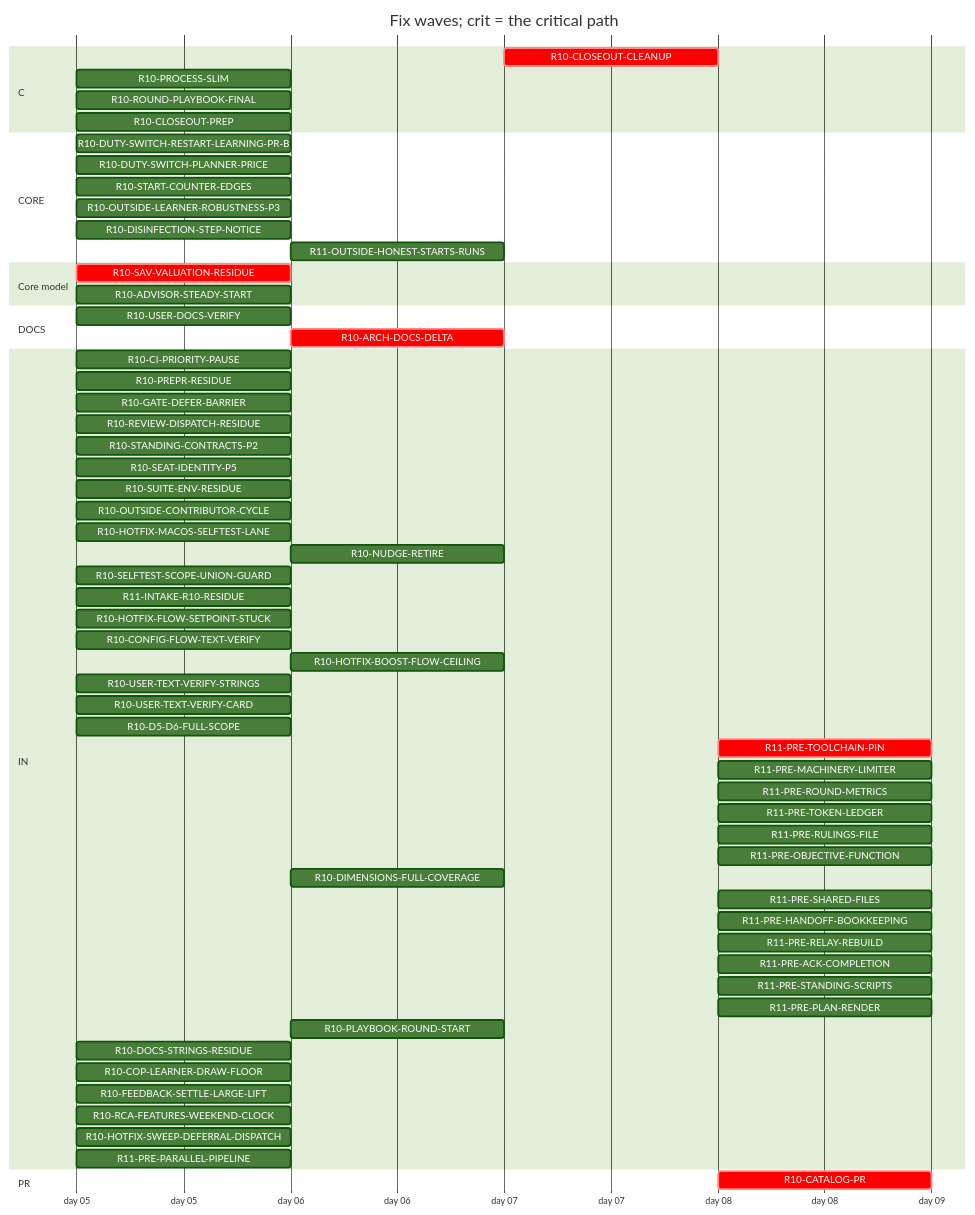
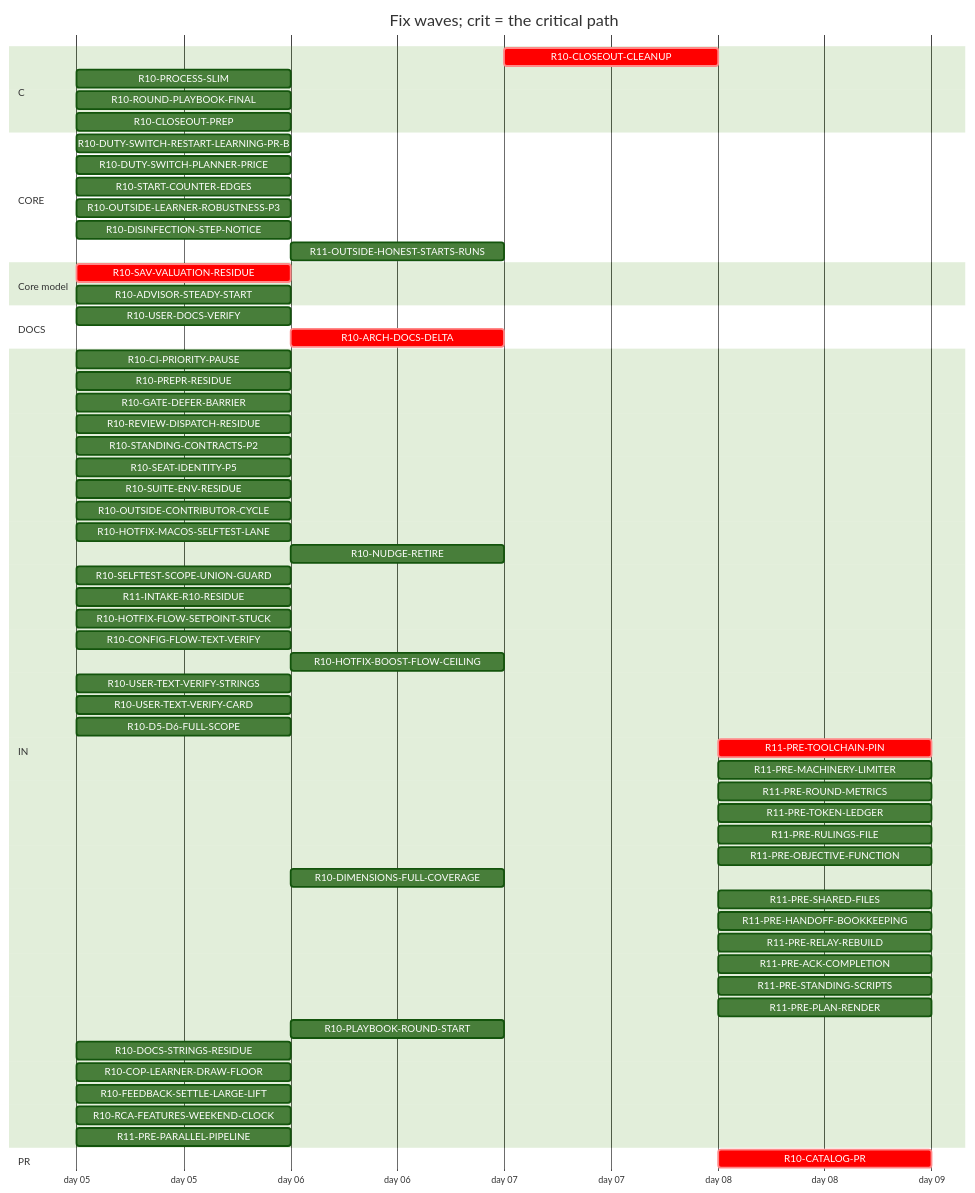
Before and after one commit to tvofi/heatpump_optimizer: the diagram in handoff/round10/state/PLAN-TABLE.md, drawn with Mermaid (forest theme). The commit also changed other lines of this file and 3 other files, not shown here.

Commit message:
state: FLOW-BOARD.md, NEXT-SESSION-PROMPT.md, PLAN-TABLE.md, RESUME-CURRENT.md regenerated (state_docs.py)

````diff
--- a/handoff/round10/state/PLAN-TABLE.md
+++ b/handoff/round10/state/PLAN-TABLE.md
@@ -19,65 +19,64 @@
 ```mermaid
 gantt
   title Fix waves; crit = the critical path
   dateFormat YYYY-MM-DD
   axisFormat day %d
   section C
     R10-CLOSEOUT-CLEANUP :crit, r10CLOSEOUTCLEANUP, after r10USERDOCSVERIFY r10CLOSEOUTPREP r10ARCHDOCSDELTA, 1d
     R10-PROCESS-SLIM :r10PROCESSSLIM, 2026-01-05, 1d
     R10-ROUND-PLAYBOOK-FINAL :r10ROUNDPLAYBOOKFINAL, 2026-01-05, 1d
     R10-CLOSEOUT-PREP :r10CLOSEOUTPREP, 2026-01-05, 1d
   section CORE
     R10-DUTY-SWITCH-RESTART-LEARNING-PR-B :r10DUTYSWITCHRESTARTLEARNINGPRB, 2026-01-05, 1d
     R10-DUTY-SWITCH-PLANNER-PRICE :r10DUTYSWITCHPLANNERPRICE, 2026-01-05, 1d
     R10-START-COUNTER-EDGES :r10STARTCOUNTEREDGES, 2026-01-05, 1d
     R10-OUTSIDE-LEARNER-ROBUSTNESS-P3 :r10OUTSIDELEARNERROBUSTNESSP3, 2026-01-05, 1d
     R10-DISINFECTION-STEP-NOTICE :r10DISINFECTIONSTEPNOTICE, 2026-01-05, 1d
     R11-OUTSIDE-HONEST-STARTS-RUNS :r11OUTSIDEHONESTSTARTSRUNS, after r10DUTYSWITCHPLANNERPRICE r10ADVISORSTEADYSTART, 1d
   section Core model
     R10-SAV-VALUATION-RESIDUE :crit, r10SAVVALUATIONRESIDUE, 2026-01-05, 1d
     R10-ADVISOR-STEADY-START :r10ADVISORSTEADYSTART, 2026-01-05, 1d
   section DOCS
     R10-USER-DOCS-VERIFY :r10USERDOCSVERIFY, 2026-01-05, 1d
     R10-ARCH-DOCS-DELTA :crit, r10ARCHDOCSDELTA, after r10SAVVALUATIONRESIDUE r10ADVISORSTEADYSTART, 1d
   section IN
     R10-CI-PRIORITY-PAUSE :r10CIPRIORITYPAUSE, 2026-01-05, 1d
     R10-PREPR-RESIDUE :r10PREPRRESIDUE, 2026-01-05, 1d
     R10-GATE-DEFER-BARRIER :r10GATEDEFERBARRIER, 2026-01-05, 1d
     R10-REVIEW-DISPATCH-RESIDUE :r10REVIEWDISPATCHRESIDUE, 2026-01-05, 1d
     R10-STANDING-CONTRACTS-P2 :r10STANDINGCONTRACTSP2, 2026-01-05, 1d
     R10-SEAT-IDENTITY-P5 :r10SEATIDENTITYP5, 2026-01-05, 1d
     R10-SUITE-ENV-RESIDUE :r10SUITEENVRESIDUE, 2026-01-05, 1d
     R10-OUTSIDE-CONTRIBUTOR-CYCLE :r10OUTSIDECONTRIBUTORCYCLE, 2026-01-05, 1d
     R10-HOTFIX-MACOS-SELFTEST-LANE :r10HOTFIXMACOSSELFTESTLANE, 2026-01-05, 1d
     R10-NUDGE-RETIRE :r10NUDGERETIRE, after r10ROUNDPLAYBOOKFINAL, 1d
     R10-SELFTEST-SCOPE-UNION-GUARD :r10SELFTESTSCOPEUNIONGUARD, 2026-01-05, 1d
     R11-INTAKE-R10-RESIDUE :r11INTAKER10RESIDUE, 2026-01-05, 1d
     R10-HOTFIX-FLOW-SETPOINT-STUCK :r10HOTFIXFLOWSETPOINTSTUCK, 2026-01-05, 1d
     R10-CONFIG-FLOW-TEXT-VERIFY :r10CONFIGFLOWTEXTVERIFY, 2026-01-05, 1d
     R10-HOTFIX-BOOST-FLOW-CEILING :r10HOTFIXBOOSTFLOWCEILING, after r10HOTFIXFLOWSETPOINTSTUCK, 1d
     R10-USER-TEXT-VERIFY-STRINGS :r10USERTEXTVERIFYSTRINGS, 2026-01-05, 1d
     R10-USER-TEXT-VERIFY-CARD :r10USERTEXTVERIFYCARD, 2026-01-05, 1d
     R10-D5-D6-FULL-SCOPE :r10D5D6FULLSCOPE, 2026-01-05, 1d
     R11-PRE-TOOLCHAIN-PIN :crit, r11PRETOOLCHAINPIN, after r10CATALOGPR, 1d
     R11-PRE-MACHINERY-LIMITER :r11PREMACHINERYLIMITER, after r10CATALOGPR, 1d
     R11-PRE-ROUND-METRICS :r11PREROUNDMETRICS, after r10CATALOGPR, 1d
     R11-PRE-TOKEN-LEDGER :r11PRETOKENLEDGER, after r10CATALOGPR, 1d
     R11-PRE-RULINGS-FILE :r11PRERULINGSFILE, after r10CATALOGPR, 1d
     R11-PRE-OBJECTIVE-FUNCTION :r11PREOBJECTIVEFUNCTION, after r10CATALOGPR, 1d
     R10-DIMENSIONS-FULL-COVERAGE :r10DIMENSIONSFULLCOVERAGE, after r10D5D6FULLSCOPE, 1d
     R11-PRE-SHARED-FILES :r11PRESHAREDFILES, after r10CATALOGPR, 1d
     R11-PRE-HANDOFF-BOOKKEEPING :r11PREHANDOFFBOOKKEEPING, after r10CATALOGPR, 1d
     R11-PRE-RELAY-REBUILD :r11PRERELAYREBUILD, after r10CATALOGPR, 1d
     R11-PRE-ACK-COMPLETION :r11PREACKCOMPLETION, after r10CATALOGPR, 1d
     R11-PRE-STANDING-SCRIPTS :r11PRESTANDINGSCRIPTS, after r10CATALOGPR, 1d
     R11-PRE-PLAN-RENDER :r11PREPLANRENDER, after r10CATALOGPR, 1d
     R10-PLAYBOOK-ROUND-START :r10PLAYBOOKROUNDSTART, after r10ROUNDPLAYBOOKFINAL, 1d
     R10-DOCS-STRINGS-RESIDUE :r10DOCSSTRINGSRESIDUE, 2026-01-05, 1d
     R10-COP-LEARNER-DRAW-FLOOR :r10COPLEARNERDRAWFLOOR, 2026-01-05, 1d
     R10-FEEDBACK-SETTLE-LARGE-LIFT :r10FEEDBACKSETTLELARGELIFT, 2026-01-05, 1d
     R10-RCA-FEATURES-WEEKEND-CLOCK :r10RCAFEATURESWEEKENDCLOCK, 2026-01-05, 1d
-    R10-HOTFIX-SWEEP-DEFERRAL-DISPATCH :r10HOTFIXSWEEPDEFERRALDISPATCH, 2026-01-05, 1d
     R11-PRE-PARALLEL-PIPELINE :r11PREPARALLELPIPELINE, 2026-01-05, 1d
   section PR
     R10-CATALOG-PR :crit, r10CATALOGPR, after r10USERDOCSVERIFY r10CLOSEOUTCLEANUP r10CLOSEOUTPREP r10ARCHDOCSDELTA, 1d
 ```
````
